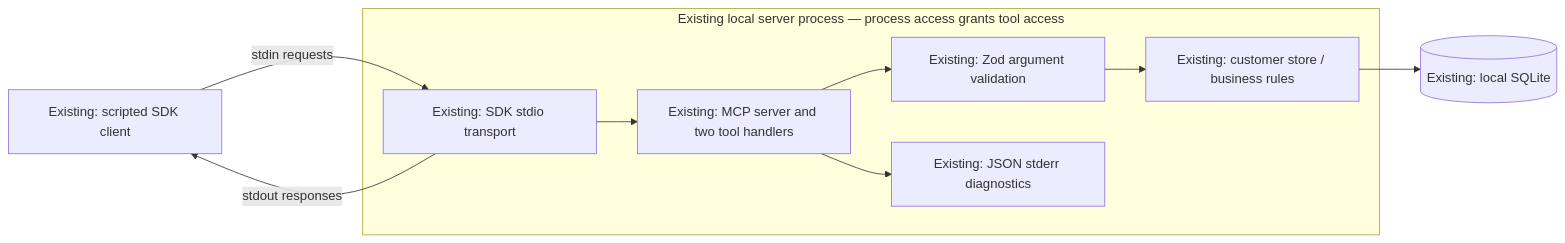
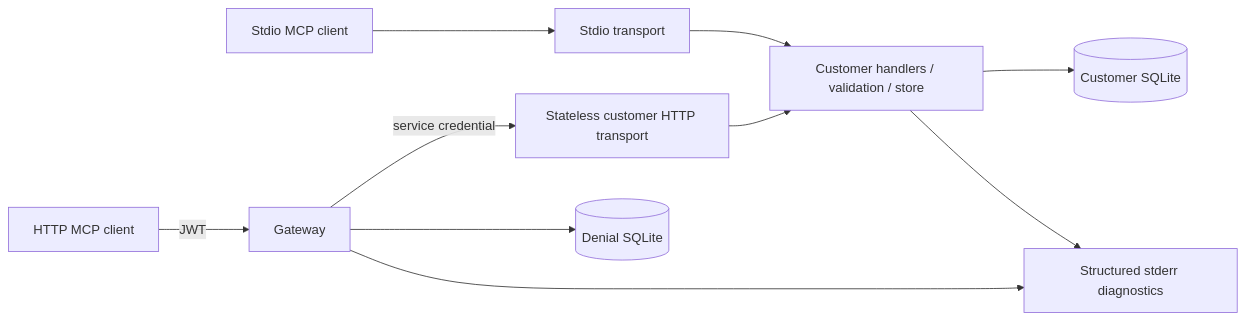
Before and after one commit to willsu42/bridgelayer-mcp: the diagram in docs/ARCHITECTURE.md, drawn with Mermaid. The commit also changed other lines of this file and 13 other files, not shown here.

````diff
--- a/docs/ARCHITECTURE.md
+++ b/docs/ARCHITECTURE.md
@@ -9,16 +7,12 @@
 ```mermaid
 flowchart LR
-    C["Existing: scripted SDK client"]
-    subgraph P["Existing local server process — process access grants tool access"]
-        T["Existing: SDK stdio transport"]
-        H["Existing: MCP server and two tool handlers"]
-        V["Existing: Zod argument validation"]
-        S["Existing: customer store / business rules"]
-        L["Existing: JSON stderr diagnostics"]
-        T --> H --> V --> S
-        H --> L
-    end
-    C -->|stdin requests| T
-    T -->|stdout responses| C
-    S --> D[("Existing: local SQLite")]
+    C[HTTP MCP client] -->|JWT| G[Gateway]
+    G -->|service credential| H[Stateless customer HTTP transport]
+    H --> S[Customer handlers / validation / store]
+    X[Stdio MCP client] --> T[Stdio transport]
+    T --> S
+    S --> D[(Customer SQLite)]
+    G --> A[(Denial SQLite)]
+    G --> L[Structured stderr diagnostics]
+    S --> L
 ```
````
